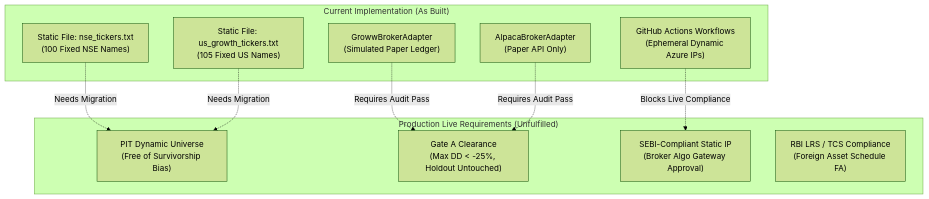
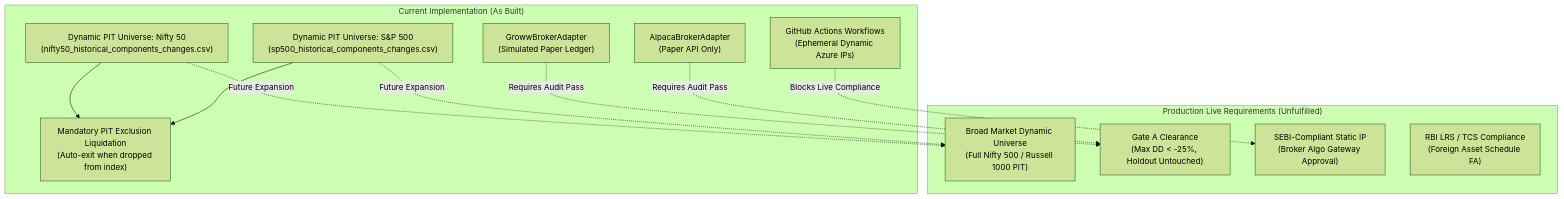
The diagram in trading_system/docs/ANTIGRAVITY_DUAL_POD_GROWTH_MOMENTUM_SPEC.md (rain2002/trading_bot), drawn with Mermaid (forest theme) before and after one commit. The commit also changed other lines of this file and 2 other files, not shown here.

Commit message:
feat(universe): migrate dual-pod paper runner to Point-in-Time (PIT) constituent database with mandatory exclusion liquidation

````diff
--- a/trading_system/docs/ANTIGRAVITY_DUAL_POD_GROWTH_MOMENTUM_SPEC.md
+++ b/trading_system/docs/ANTIGRAVITY_DUAL_POD_GROWTH_MOMENTUM_SPEC.md
@@ -23,23 +23,26 @@
 ```mermaid
 flowchart TD
     subgraph RepoImplementation ["Current Implementation (As Built)"]
-        IN_List["Static File: nse_tickers.txt<br/>(100 Fixed NSE Names)"]
-        US_List["Static File: us_growth_tickers.txt<br/>(105 Fixed US Names)"]
+        PIT_IN["Dynamic PIT Universe: Nifty 50<br/>(nifty50_historical_components_changes.csv)"]
+        PIT_US["Dynamic PIT Universe: S&P 500<br/>(sp500_historical_components_changes.csv)"]
+        PIT_Exit["Mandatory PIT Exclusion Liquidation<br/>(Auto-exit when dropped from index)"]
         BrokerIN["GrowwBrokerAdapter<br/>(Simulated Paper Ledger)"]
         BrokerUS["AlpacaBrokerAdapter<br/>(Paper API Only)"]
         CI["GitHub Actions Workflows<br/>(Ephemeral Dynamic Azure IPs)"]
     end
 
     subgraph ProductionRequirements ["Production Live Requirements (Unfulfilled)"]
-        PIT["PIT Dynamic Universe<br/>(Free of Survivorship Bias)"]
+        BroadPIT["Broad Market Dynamic Universe<br/>(Full Nifty 500 / Russell 1000 PIT)"]
         GateA["Gate A Clearance<br/>(Max DD < -25%, Holdout Untouched)"]
         StaticIP["SEBI-Compliant Static IP<br/>(Broker Algo Gateway Approval)"]
         LRS["RBI LRS / TCS Compliance<br/>(Foreign Asset Schedule FA)"]
     end
 
-    IN_List -.->|Needs Migration| PIT
-    US_List -.->|Needs Migration| PIT
+    PIT_IN -.->|Future Expansion| BroadPIT
+    PIT_US -.->|Future Expansion| BroadPIT
+    PIT_IN --> PIT_Exit
+    PIT_US --> PIT_Exit
     BrokerIN -.->|Requires Audit Pass| GateA
     BrokerUS -.->|Requires Audit Pass| GateA
     CI -.->|Blocks Live Compliance| StaticIP
 ```
````
